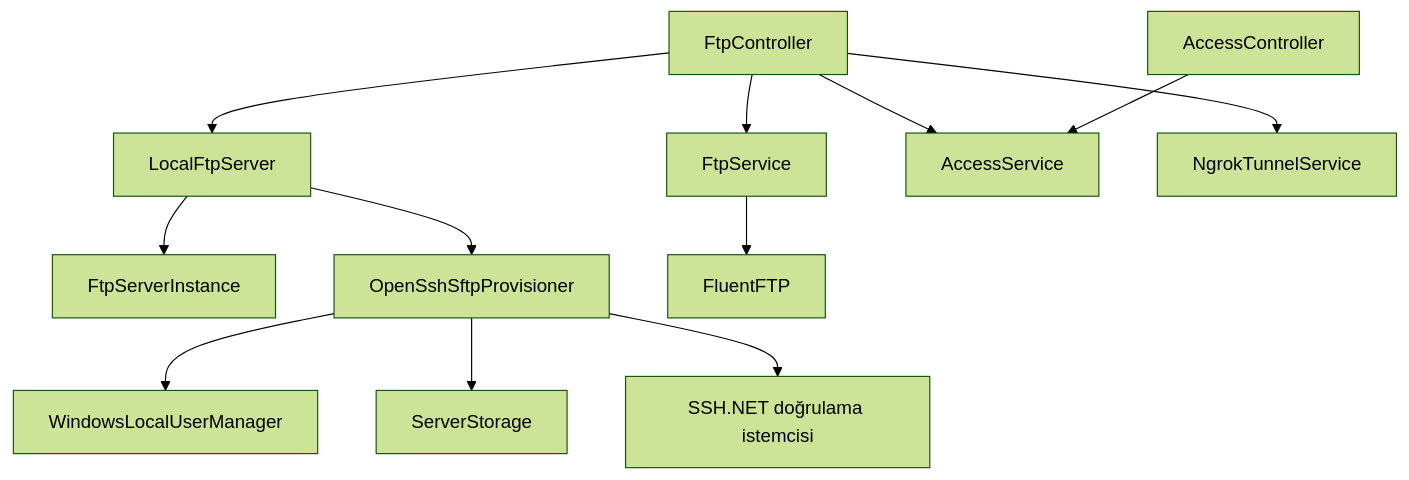
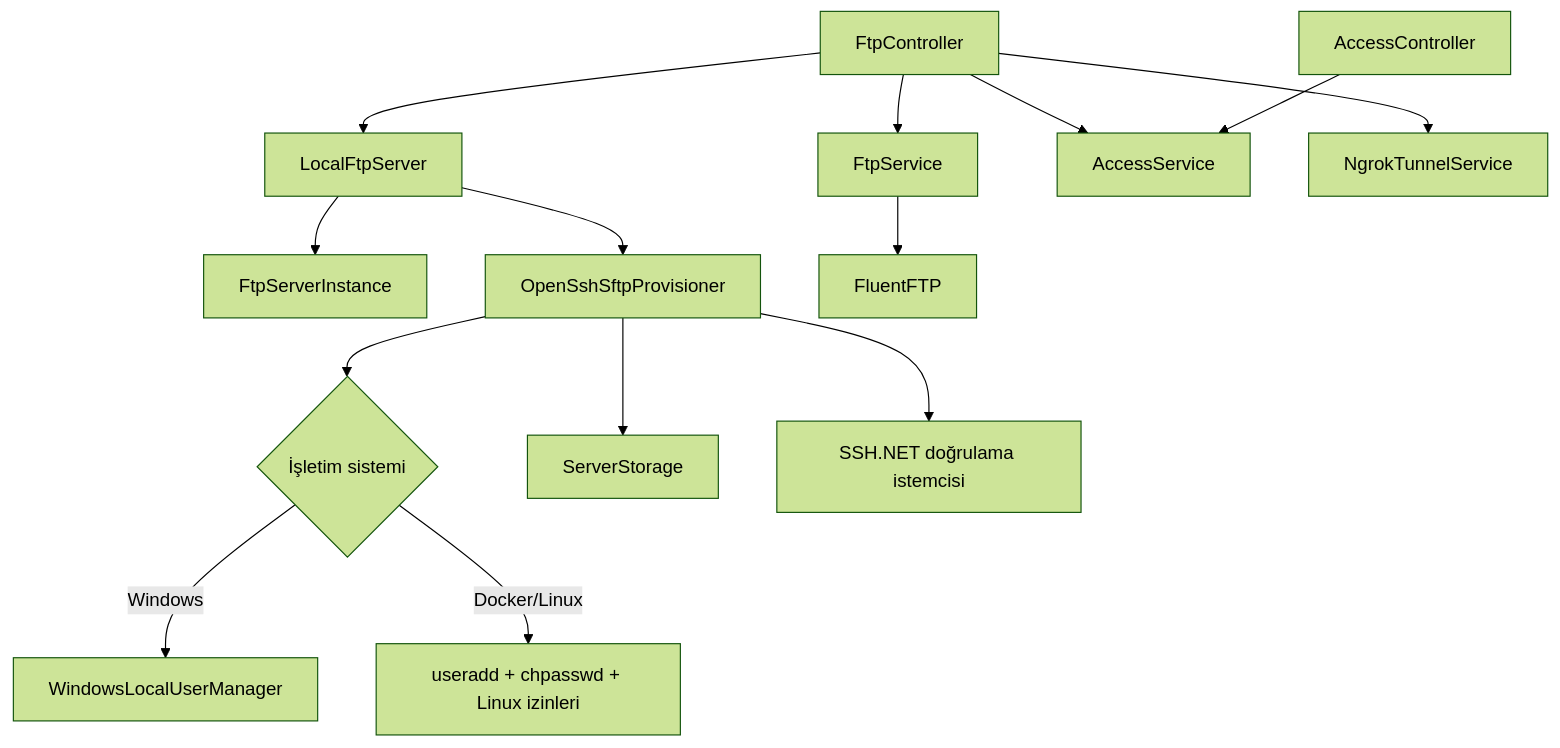
Before and after one commit to ottamina/FTP_Dosya_Yonetimi: the eighth of 8 diagrams in docs/01_SISTEM_MIMARISI.md, drawn with Mermaid (forest theme). The commit also changed other lines of this file and 9 other files, not shown here.

````diff
--- a/docs/01_SISTEM_MIMARISI.md
+++ b/docs/01_SISTEM_MIMARISI.md
@@ -171,14 +174,16 @@
 ```mermaid
 flowchart TD
     FC["FtpController"] --> FS["FtpService"]
     FC --> LFS["LocalFtpServer"]
     FC --> AS["AccessService"]
     FC --> NG["NgrokTunnelService"]
     AC["AccessController"] --> AS
     LFS --> INST["FtpServerInstance"]
     LFS --> PROV["OpenSshSftpProvisioner"]
-    PROV --> WU["WindowsLocalUserManager"]
+    PROV --> OS{"İşletim sistemi"}
+    OS -->|"Windows"| WU["WindowsLocalUserManager"]
+    OS -->|"Docker/Linux"| LU["useradd + chpasswd + Linux izinleri"]
     PROV --> SS["ServerStorage"]
     FS --> FL["FluentFTP"]
     PROV --> SSHNET["SSH.NET doğrulama istemcisi"]
 ```
````
